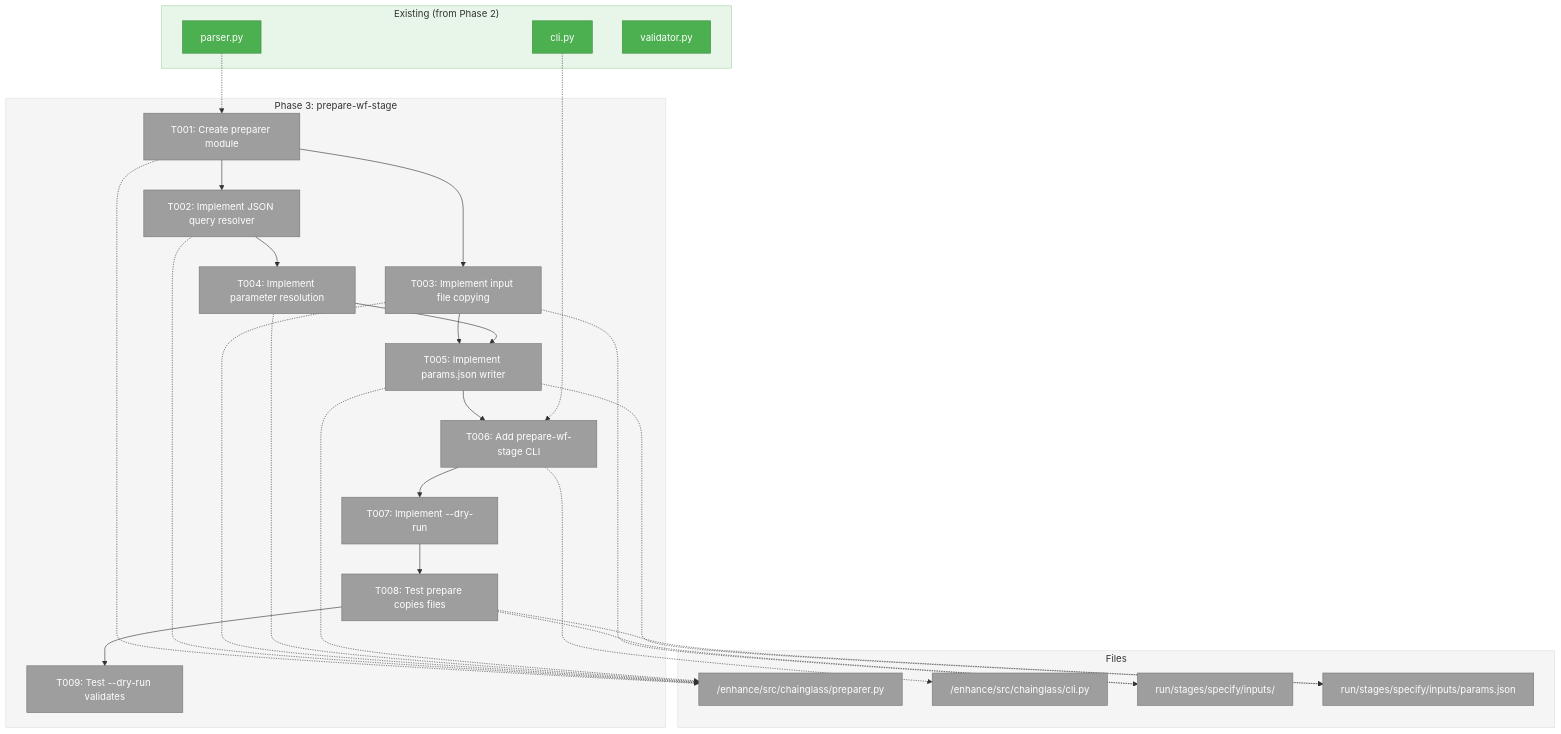
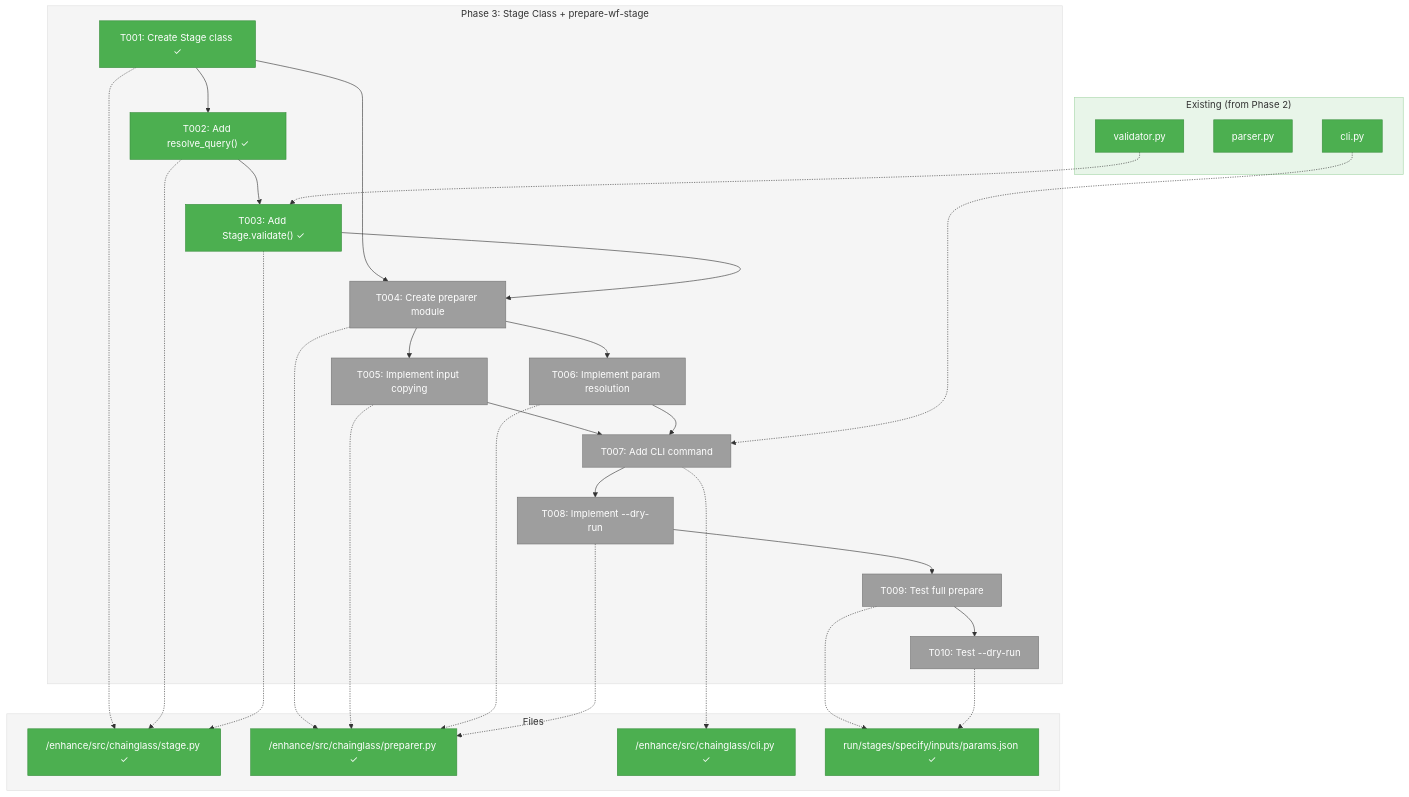
Before and after one commit to jakkaj/tools: the first of 3 diagrams in docs/plans/010-first-wf-build/tasks/phase-3-implement-prepare-wf-stage-command/tasks.md, drawn with Mermaid. The commit also changed other lines of this file and 9 other files, not shown here.

````diff
--- a/docs/plans/010-first-wf-build/tasks/phase-3-implement-prepare-wf-stage-command/tasks.md
+++ b/docs/plans/010-first-wf-build/tasks/phase-3-implement-prepare-wf-stage-command/tasks.md
@@ -88,60 +142,63 @@
 ```mermaid
 flowchart TD
     classDef pending fill:#9E9E9E,stroke:#757575,color:#fff
     classDef inprogress fill:#FF9800,stroke:#F57C00,color:#fff
     classDef completed fill:#4CAF50,stroke:#388E3C,color:#fff
     classDef blocked fill:#F44336,stroke:#D32F2F,color:#fff
 
     style Phase fill:#F5F5F5,stroke:#E0E0E0
     style Files fill:#F5F5F5,stroke:#E0E0E0
     style Existing fill:#E8F5E9,stroke:#A5D6A7
 
     subgraph Existing["Existing (from Phase 2)"]
         CLI["cli.py"]:::completed
         Parser["parser.py"]:::completed
         Validator["validator.py"]:::completed
     end
 
-    subgraph Phase["Phase 3: prepare-wf-stage"]
-        T001["T001: Create preparer module"]:::pending
-        T002["T002: Implement JSON query resolver"]:::pending
-        T003["T003: Implement input file copying"]:::pending
-        T004["T004: Implement parameter resolution"]:::pending
-        T005["T005: Implement params.json writer"]:::pending
-        T006["T006: Add prepare-wf-stage CLI"]:::pending
-        T007["T007: Implement --dry-run"]:::pending
-        T008["T008: Test prepare copies files"]:::pending
-        T009["T009: Test --dry-run validates"]:::pending
+    subgraph Phase["Phase 3: Stage Class + prepare-wf-stage"]
+        T001["T001: Create Stage class ✓"]:::completed
+        T002["T002: Add resolve_query() ✓"]:::completed
+        T003["T003: Add Stage.validate() ✓"]:::completed
+        T004["T004: Create preparer module"]:::pending
+        T005["T005: Implement input copying"]:::pending
+        T006["T006: Implement param resolution"]:::pending
+        T007["T007: Add CLI command"]:::pending
+        T008["T008: Implement --dry-run"]:::pending
+        T009["T009: Test full prepare"]:::pending
+        T010["T010: Test --dry-run"]:::pending
 
         T001 --> T002
-        T001 --> T003
-        T002 --> T004
-        T003 --> T005
+        T002 --> T003
+        T001 --> T004
+        T003 --> T004
         T004 --> T005
-        T005 --> T006
+        T004 --> T006
+        T005 --> T007
         T006 --> T007
         T007 --> T008
         T008 --> T009
+        T009 --> T010
     end
 
     subgraph Files["Files"]
-        F1["/enhance/src/chainglass/preparer.py"]:::pending
-        F2["/enhance/src/chainglass/cli.py"]:::pending
-        F3["run/stages/specify/inputs/"]:::pending
-        F4["run/stages/specify/inputs/params.json"]:::pending
+        F1["/enhance/src/chainglass/stage.py ✓"]:::completed
+        F2["/enhance/src/chainglass/preparer.py ✓"]:::completed
+        F3["/enhance/src/chainglass/cli.py ✓"]:::completed
+        F4["run/stages/specify/inputs/params.json ✓"]:::completed
     end
 
     T001 -.-> F1
     T002 -.-> F1
     T003 -.-> F1
-    T004 -.-> F1
-    T005 -.-> F1
-    T005 -.-> F4
+    T004 -.-> F2
+    T005 -.-> F2
     T006 -.-> F2
-    T003 -.-> F3
-    T008 -.-> F3
-    T008 -.-> F4
+    T007 -.-> F3
+    T008 -.-> F2
+    T009 -.-> F4
+    T010 -.-> F4
 
-    CLI -.-> T006
-    Parser -.-> T001
+    CLI -.-> T007
+    Validator -.-> T003
 ```
````
